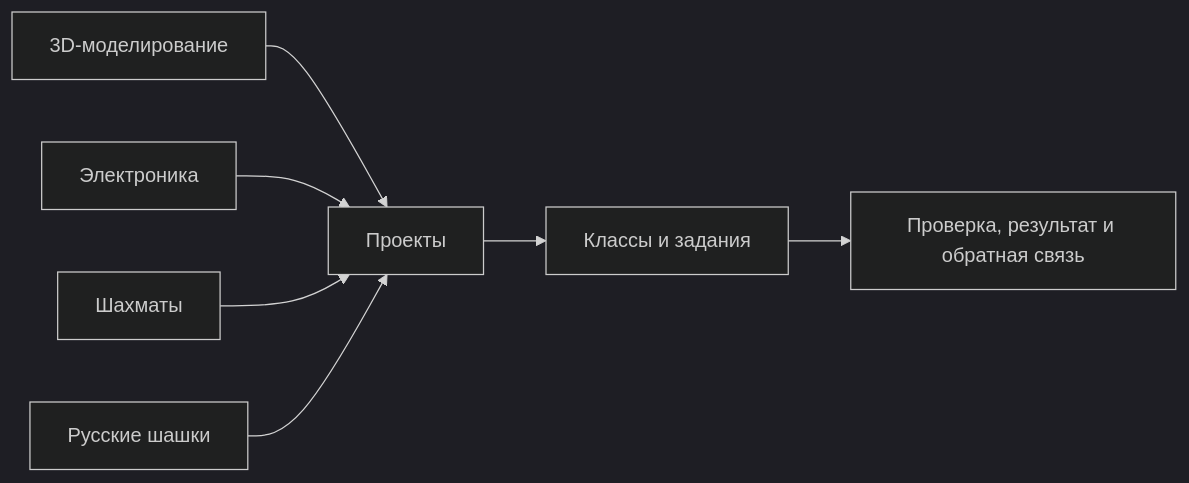
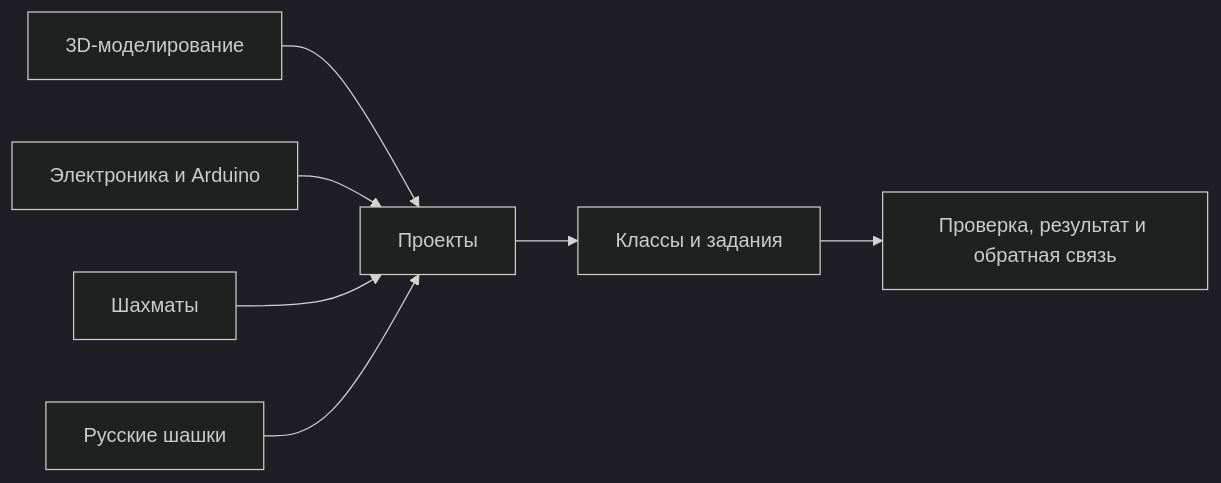
The diagram in README.md (spikeal8-maker/asa-lab), drawn with Mermaid (dark theme) before and after one commit. The commit also changed other lines of this file and 10 other files, not shown here.

````diff
--- a/README.md
+++ b/README.md
@@ -119,9 +146,9 @@
 ```mermaid
 flowchart LR
   D3["3D-моделирование"] --> P["Проекты"]
-  E["Электроника"] --> P
+  E["Электроника и Arduino"] --> P
   C["Шахматы"] --> P
   K["Русские шашки"] --> P
   P --> A["Классы и задания"]
   A --> R["Проверка, результат и обратная связь"]
 ```
````
